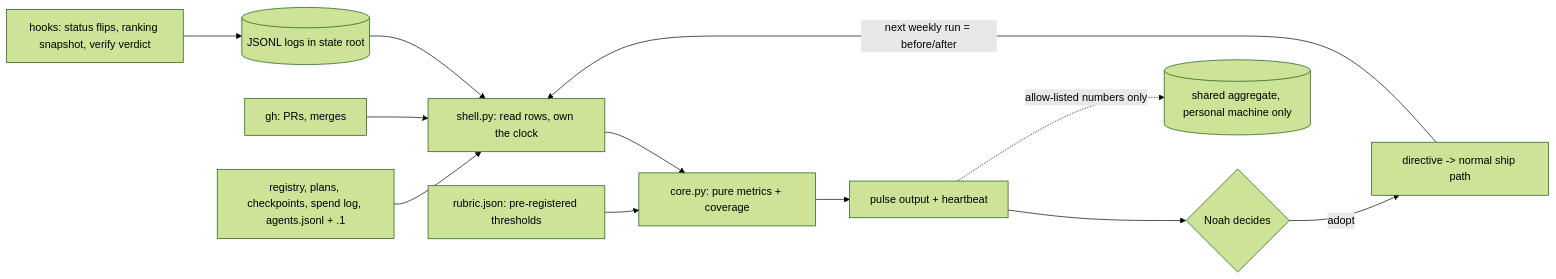
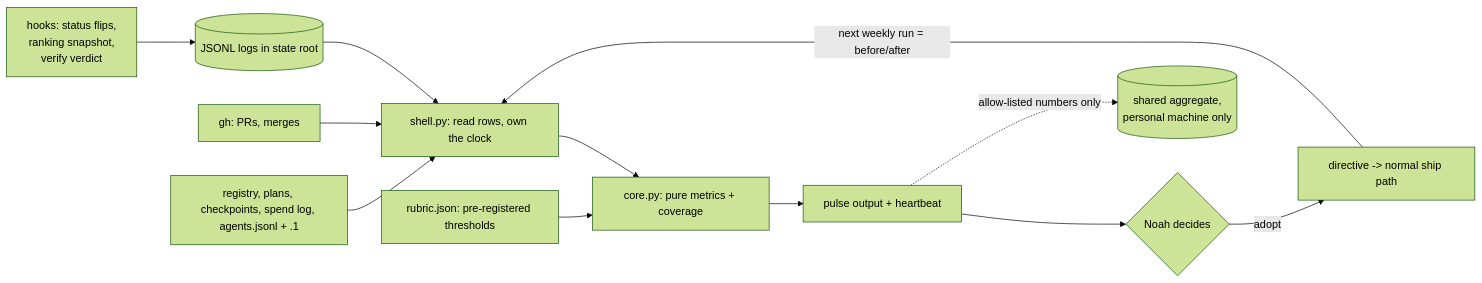
Before and after one commit to noah-goodrich/borg-collective: the first of 6 diagrams in docs/research/2026-10-04-pm-capabilities-build-adopt-outsource/recommendation.md, drawn with Mermaid (forest theme). The commit also changed other lines of this file and 2 other files, not shown here.

````diff
--- a/docs/research/2026-10-04-pm-capabilities-build-adopt-outsource/recommendation.md
+++ b/docs/research/2026-10-04-pm-capabilities-build-adopt-outsource/recommendation.md
@@ -154,14 +158,17 @@
 ```mermaid
 flowchart LR
-    H[hooks: status flips, ranking snapshot, verify verdict] --> L[(JSONL logs in state root)]
+    H["hooks: status flips,<br/>ranking snapshot,<br/>verify verdict"]
+    L[("JSONL logs in state root")]
+    H --> L
     G[gh: PRs, merges] --> S
     F[registry, plans, checkpoints, spend log, agents.jsonl + .1] --> S
     L --> S[shell.py: read rows, own the clock]
     S --> C[core.py: pure metrics + coverage]
     R[rubric.json: pre-registered thresholds] --> C
     C --> O[pulse output + heartbeat]
     O --> HU{Noah decides}
     HU -->|adopt| D[directive -> normal ship path]
     D -->|next weekly run = before/after| S
-    O -.allow-listed numbers only.-> P[(shared aggregate, personal machine only)]
+    P[("shared aggregate,<br/>personal machine only")]
+    O -.allow-listed numbers only.-> P
 ```
````
